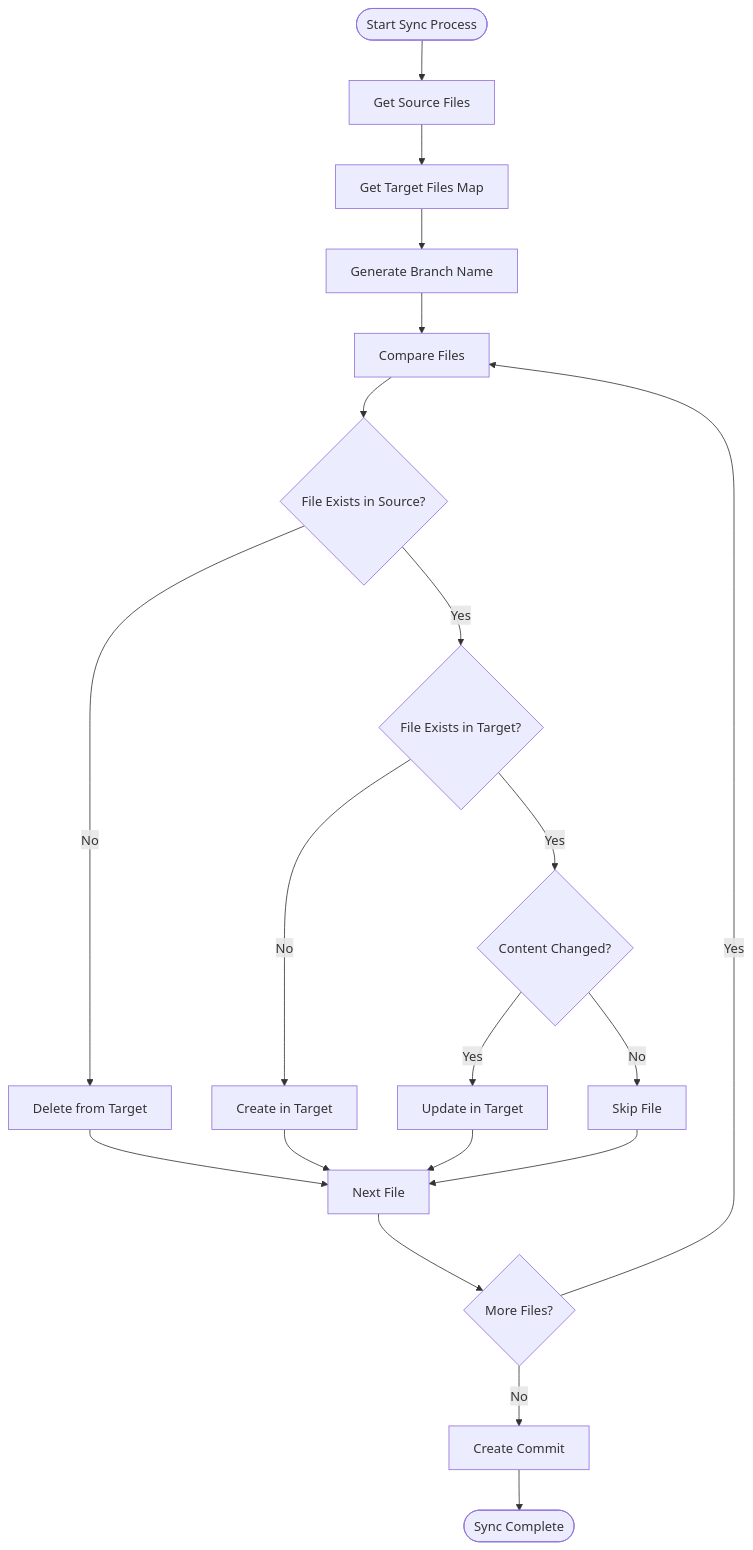
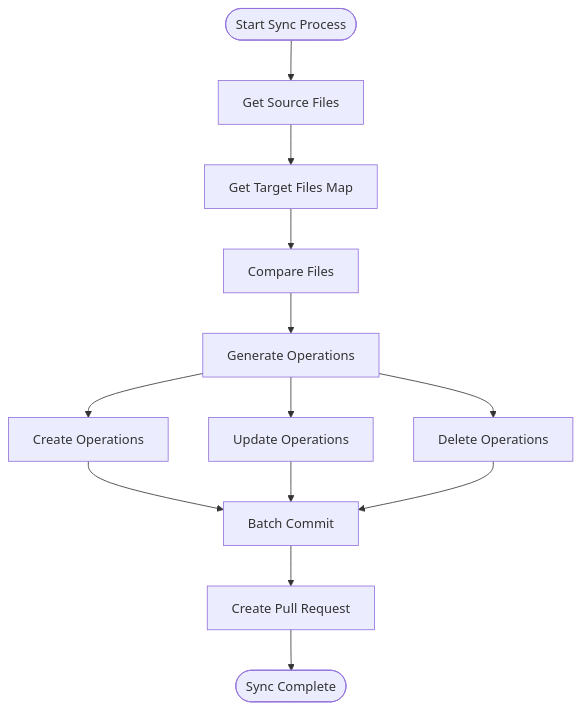
One commit to Kargones/apk-ci changed the third of 9 diagrams in .qoder/repowiki/en/content/Advanced Integrations/Extension Publishing System.md. Above: the diagram before and after it, drawn with Mermaid. The commit also changed other lines of this file and 2036 other files, not shown here.

````diff
--- a/.qoder/repowiki/en/content/Advanced Integrations/Extension Publishing System.md
+++ b/.qoder/repowiki/en/content/Advanced Integrations/Extension Publishing System.md
@@ -220,22 +130,15 @@
 ```mermaid
 flowchart TD
-Start([Start Sync Process]) --> GetSourceFiles[Get Source Files]
-GetSourceFiles --> GetTargetFiles[Get Target Files Map]
-GetTargetFiles --> GenerateBranch[Generate Branch Name]
-GenerateBranch --> CompareFiles[Compare Files]
-CompareFiles --> SourceExists{File Exists in Source?}
-SourceExists --> |Yes| CheckTargetExists{File Exists in Target?}
-SourceExists --> |No| DeleteFile[Delete from Target]
-CheckTargetExists --> |Yes| CheckContent{Content Changed?}
-CheckTargetExists --> |No| CreateFile[Create in Target]
-CheckContent --> |Yes| UpdateFile[Update in Target]
-CheckContent --> |No| SkipFile[Skip File]
-DeleteFile --> NextFile[Next File]
-CreateFile --> NextFile
-UpdateFile --> NextFile
-SkipFile --> NextFile
-NextFile --> MoreFiles{More Files?}
-MoreFiles --> |Yes| CompareFiles
-MoreFiles --> |No| CreateCommit[Create Commit]
-CreateCommit --> End([Sync Complete])
+Start([Start Sync Process]) --> GetSource[Get Source Files]
+GetSource --> GetTarget[Get Target Files Map]
+GetTarget --> Compare[Compare Files]
+Compare --> CreateOps[Generate Operations]
+CreateOps --> CreateFiles[Create Operations]
+CreateOps --> UpdateFiles[Update Operations]
+CreateOps --> DeleteFiles[Delete Operations]
+CreateFiles --> BatchCommit[Batch Commit]
+UpdateFiles --> BatchCommit
+DeleteFiles --> BatchCommit
+BatchCommit --> CreatePR[Create Pull Request]
+CreatePR --> End([Sync Complete])
 ```
````
